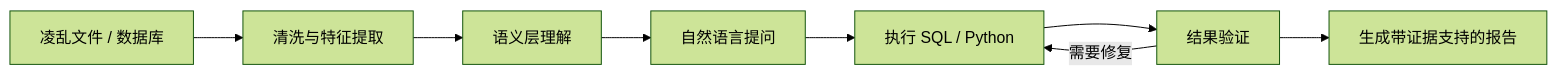
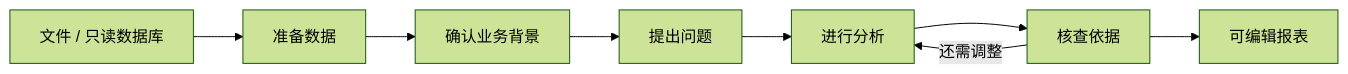
The diagram in README.zh.md (MoonMao42/ReceiptBI), drawn with Mermaid (forest theme) before and after one commit. The commit also changed other lines of this file and 1 other file, not shown here.

````diff
--- a/README.zh.md
+++ b/README.zh.md
@@ -20,10 +20,10 @@
 ```mermaid
 flowchart LR
-    data["凌乱文件 / 数据库"] --> prep["清洗与特征提取"]
-    prep --> semantic["语义层理解"]
-    semantic --> ask["自然语言提问"]
-    ask --> run["执行 SQL / Python"]
-    run --> validate["结果验证"]
-    validate -->|需要修复| run
-    validate --> report["生成带证据支持的报告"]
+    data["文件 / 只读数据库"] --> prep["准备数据"]
+    prep --> semantic["确认业务背景"]
+    semantic --> ask["提出问题"]
+    ask --> run["进行分析"]
+    run --> validate["核查依据"]
+    validate -->|还需调整| run
+    validate --> report["可编辑报表"]
 ```
````
